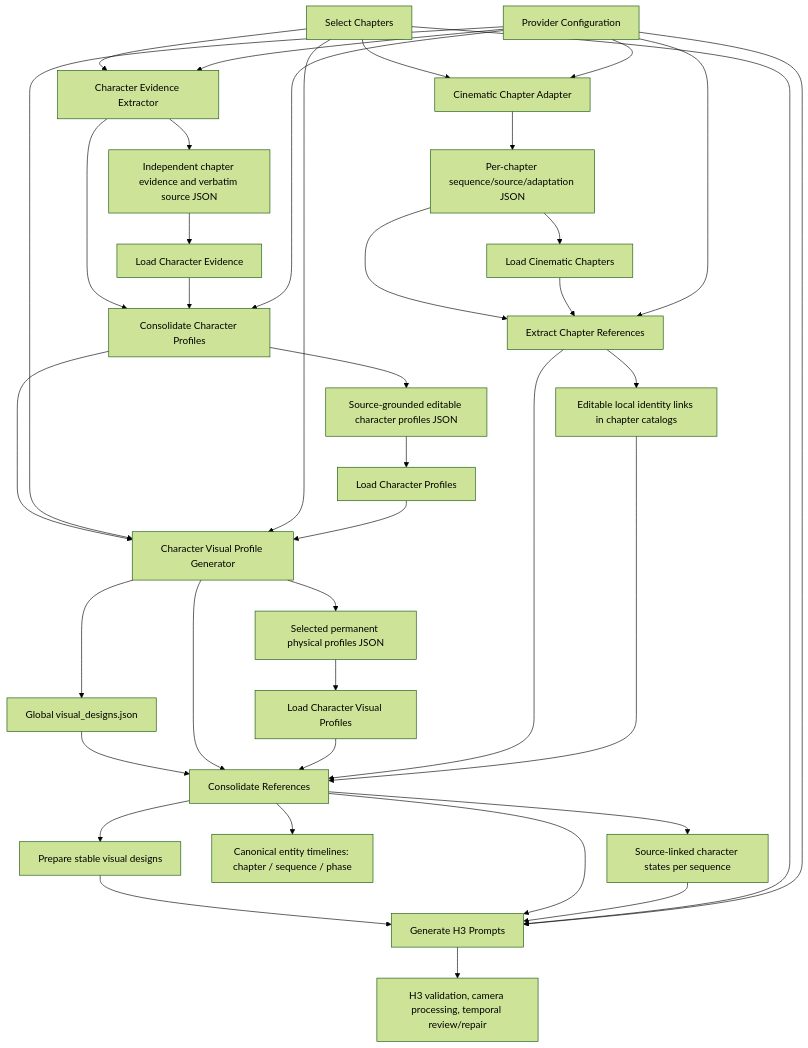
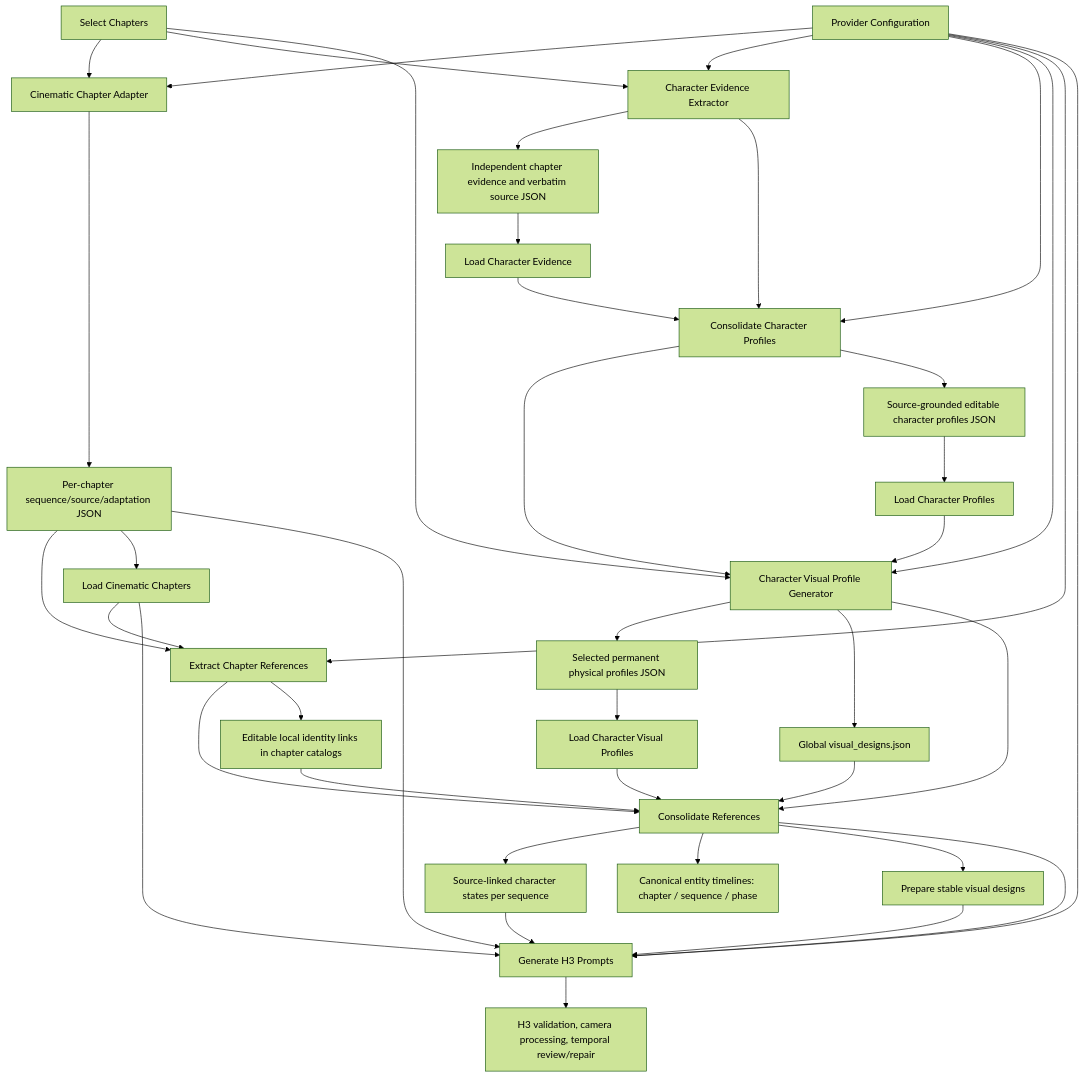
One commit to yuyuki/ComfyUI-Minimax_H3_Novel_Pipeline changed the first of 2 diagrams in docs/architecture.md. Above: the diagram before and after it, drawn with Mermaid (forest theme). The commit also changed other lines of this file and 39 other files, not shown here.

````diff
--- a/docs/architecture.md
+++ b/docs/architecture.md
@@ -10,41 +10,42 @@
 ```mermaid
 flowchart TD
     selector["Select Chapters"] --> adapter["Cinematic Chapter Adapter"]
     config --> adapter
     selector --> evidence["Character Evidence Extractor"]
     config --> evidence
     evidence --> evidence_json["Independent chapter evidence and verbatim source JSON"]
     evidence_json --> evidence_loader["Load Character Evidence"]
     evidence --> profiles["Consolidate Character Profiles"]
     evidence_loader --> profiles
     config --> profiles
     profiles --> visual_profiles["Character Visual Profile Generator"]
     config --> visual_profiles
     selector --> visual_profiles
     visual_profiles --> visual_json["Selected permanent physical profiles JSON"]
     visual_profiles --> global_designs["Global visual_designs.json"]
     global_designs --> consolidate
     visual_profiles --> consolidate
     consolidate --> local_enrichment["Source-linked character states per sequence"]
     visual_json --> visual_loader["Load Character Visual Profiles"]
     visual_loader --> consolidate
     profiles --> profiles_json["Source-grounded editable character profiles JSON"]
     profiles_json --> profiles_loader["Load Character Profiles"]
     profiles_loader --> visual_profiles
     adapter --> adapted["Per-chapter sequence/source/adaptation JSON"]
     adapted --> extract
     adapted --> loader["Load Cinematic Chapters"]
     loader --> extract
     config["Provider Configuration"] --> extract["Extract Chapter References"]
     extract --> consolidate["Consolidate References"]
     consolidate --> timeline["Canonical entity timelines: chapter / sequence / phase"]
     extract --> local["Editable local identity links in chapter catalogs"]
     local --> consolidate
     consolidate --> designs["Prepare stable visual designs"]
     designs --> generate["Generate H3 Prompts"]
     consolidate --> generate
     local_enrichment --> generate
-    selector --> generate
+    adapted --> generate
+    loader --> generate
     config --> generate
     generate --> review["H3 validation, camera processing, temporal review/repair"]
 ```
````
